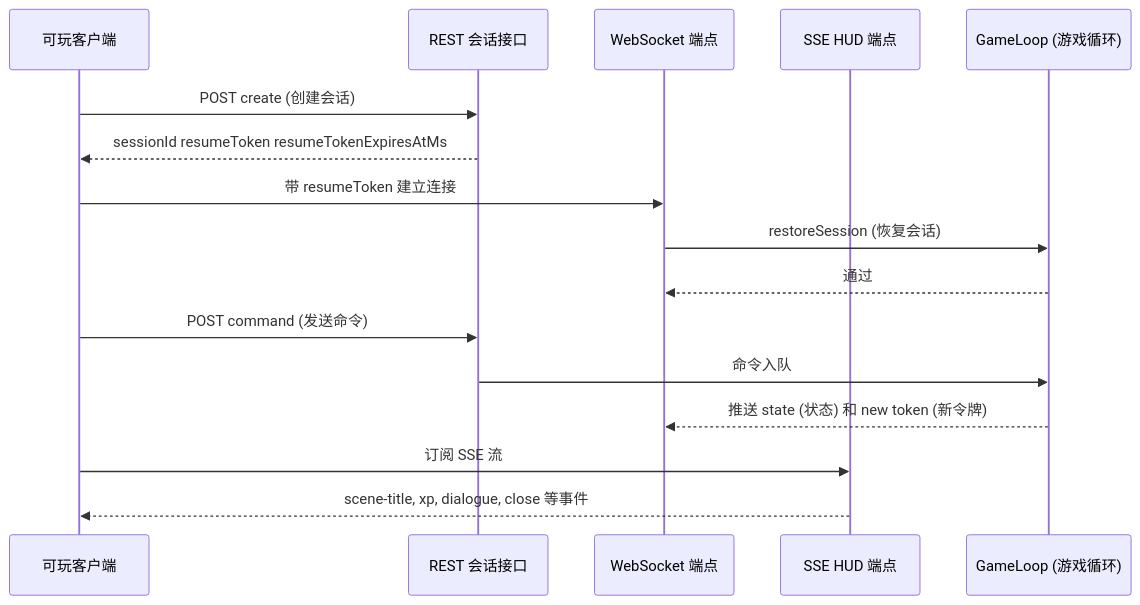
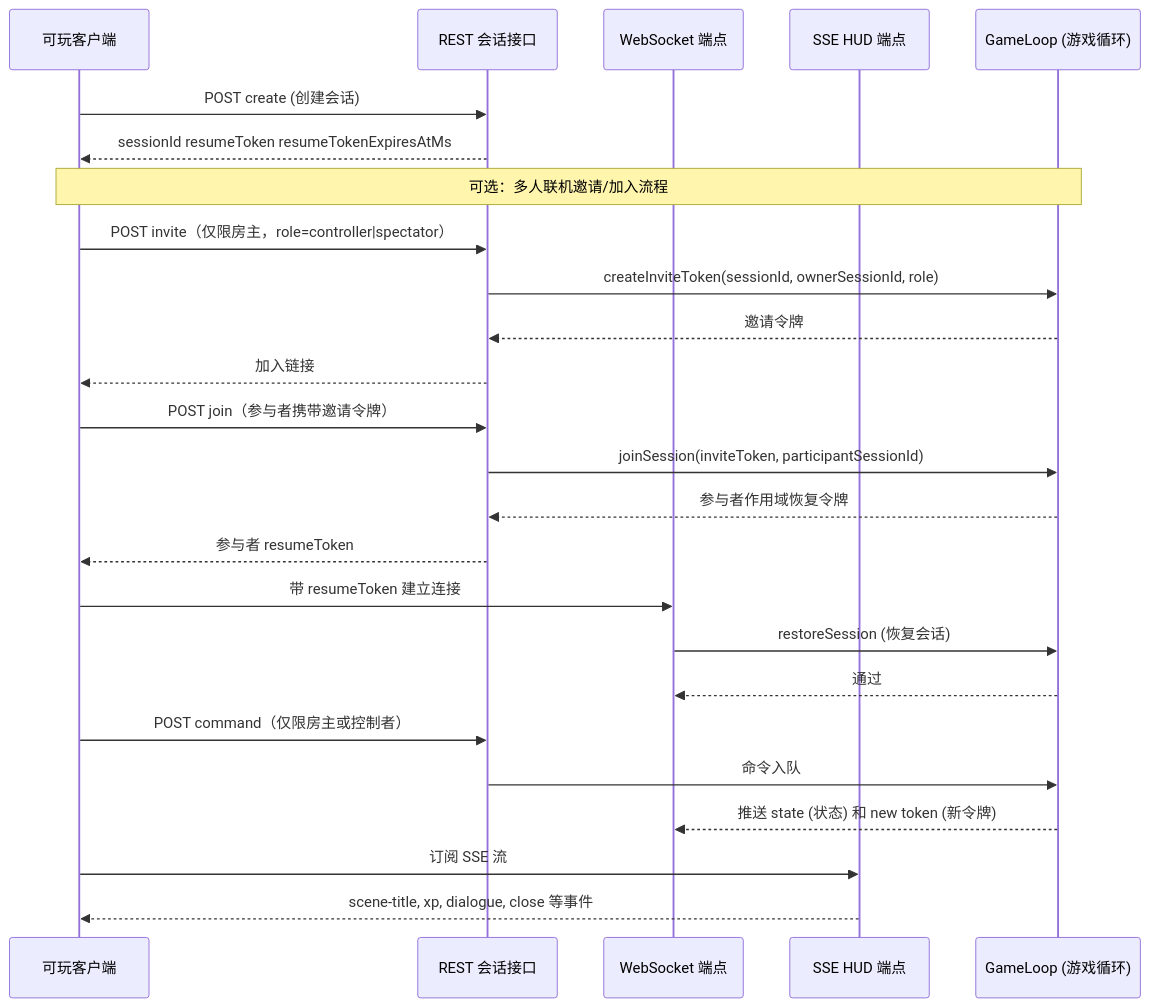
One commit to d4551/tea changed diagram 12 of 13 in README.md. Above: the diagram before and after it, drawn with Mermaid. The commit also changed other lines of this file and 9 other files, not shown here.

````diff
--- a/README.md
+++ b/README.md
@@ -983,19 +1065,31 @@
 ```mermaid
 sequenceDiagram
   participant Client as 可玩客户端
   participant REST as REST 会话接口
   participant WS as WebSocket 端点
   participant HUD as SSE HUD 端点
   participant GL as GameLoop (游戏循环)
 
   Client->>REST: POST create (创建会话)
   REST-->>Client: sessionId resumeToken resumeTokenExpiresAtMs
+
+  Note over Client,GL: 可选：多人联机邀请/加入流程
+  Client->>REST: POST invite（仅限房主，role=controller|spectator）
+  REST->>GL: createInviteToken(sessionId, ownerSessionId, role)
+  GL-->>REST: 邀请令牌
+  REST-->>Client: 加入链接
+
+  Client->>REST: POST join（参与者携带邀请令牌）
+  REST->>GL: joinSession(inviteToken, participantSessionId)
+  GL-->>REST: 参与者作用域恢复令牌
+  REST-->>Client: 参与者 resumeToken
+
   Client->>WS: 带 resumeToken 建立连接
   WS->>GL: restoreSession (恢复会话)
   GL-->>WS: 通过
-  Client->>REST: POST command (发送命令)
+  Client->>REST: POST command（仅限房主或控制者）
   REST->>GL: 命令入队
   GL-->>WS: 推送 state (状态) 和 new token (新令牌)
   Client->>HUD: 订阅 SSE 流
   HUD-->>Client: scene-title, xp, dialogue, close 等事件
 ```
````
